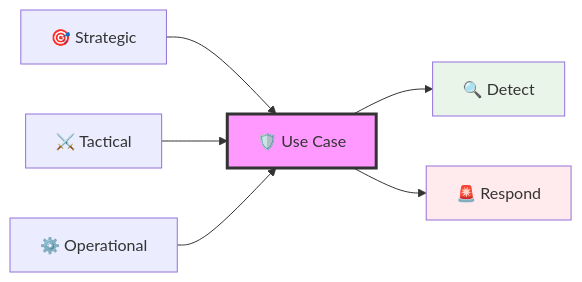
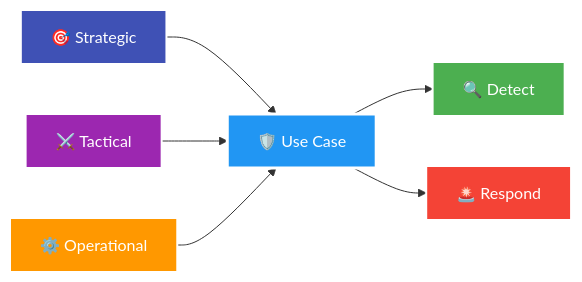
Before and after one commit to josamontiel/Detection-Engineering-Framework: the sixth of 10 diagrams in DEF.md, drawn with Mermaid. The commit also changed other lines of this file, not shown here.

````diff
--- a/DEF.md
+++ b/DEF.md
@@ -297,12 +278,15 @@
 ```mermaid
 graph LR
     A[🎯 Strategic] --> D[🛡️ Use Case]
     B[⚔️ Tactical] --> D
     C[⚙️ Operational] --> D
     D --> E[🔍 Detect]
     D --> F[🚨 Respond]
     
-    style D fill:#f9f,stroke:#333,stroke-width:3px
-    style E fill:#e8f5e8
-    style F fill:#ffebee
+    style A fill:#3F51B5,stroke:#fff,stroke-width:2px,color:#fff
+    style B fill:#9C27B0,stroke:#fff,stroke-width:2px,color:#fff
+    style C fill:#FF9800,stroke:#fff,stroke-width:2px,color:#fff
+    style D fill:#2196F3,stroke:#fff,stroke-width:3px,color:#fff
+    style E fill:#4CAF50,stroke:#fff,stroke-width:2px,color:#fff
+    style F fill:#F44336,stroke:#fff,stroke-width:2px,color:#fff
 ```
````
